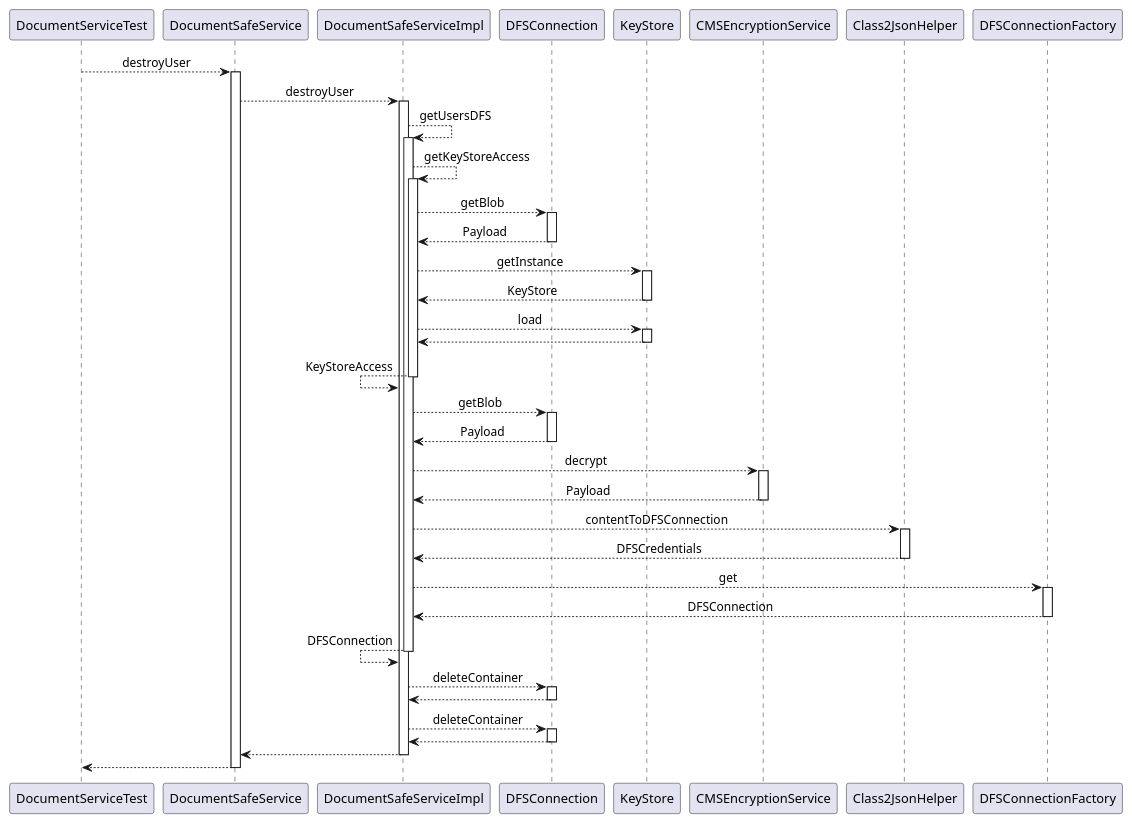
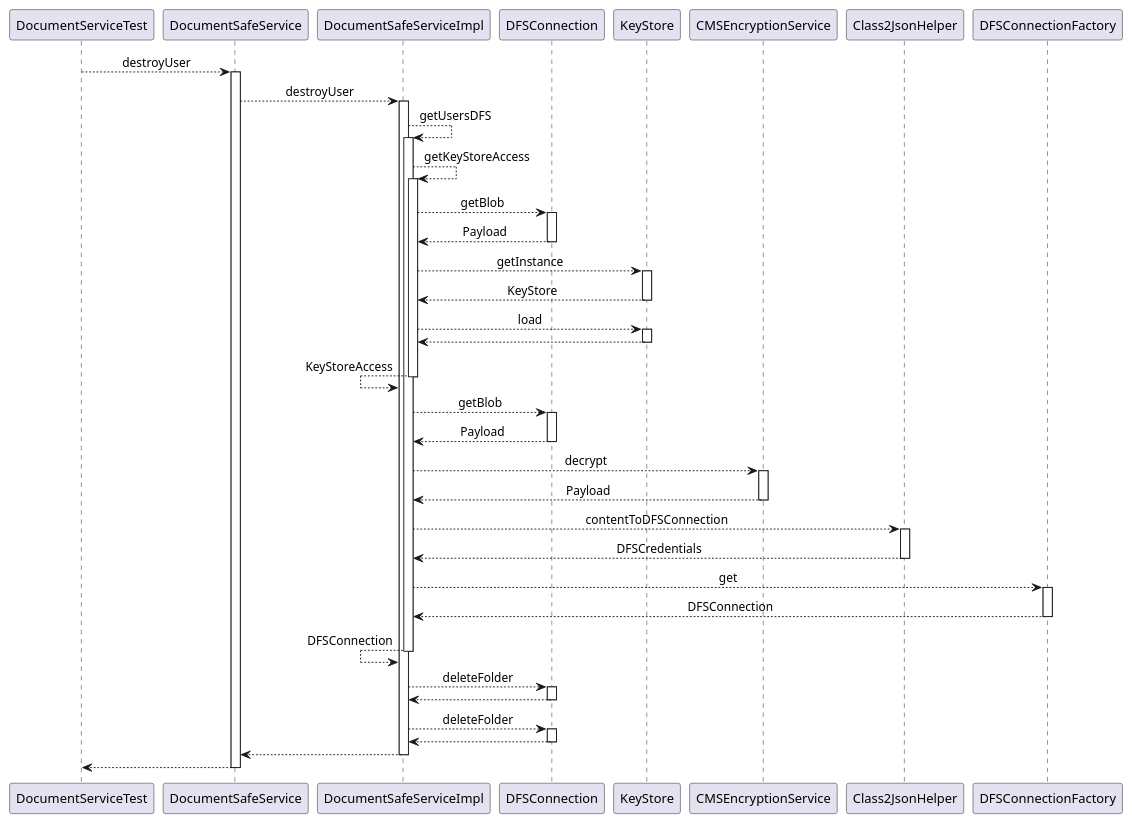
One commit to adorsys/docusafe changed the diagram in .docs/mdfs-destroy-user.puml. Above: the diagram before and after it, drawn with PlantUML. The commit also changed 1 other file, not shown here.

```diff
--- a/.docs/mdfs-destroy-user.puml
+++ b/.docs/mdfs-destroy-user.puml
@@ -1,109 +1,109 @@
 @startuml
 
 skinparam SequenceMessageAlign center
 
 ' DocumentServiceTest
 DocumentServiceTest --> DocumentSafeService : destroyUser
 
 activate DocumentSafeService
 ' DocumentSafeService
 DocumentSafeService --> DocumentSafeServiceImpl : destroyUser
 
 activate DocumentSafeServiceImpl
 ' DocumentSafeServiceImpl
 DocumentSafeServiceImpl --> DocumentSafeServiceImpl : getUsersDFS
 
 activate DocumentSafeServiceImpl
 ' DocumentSafeServiceImpl
 DocumentSafeServiceImpl --> DocumentSafeServiceImpl : getKeyStoreAccess
 
 activate DocumentSafeServiceImpl
 ' DocumentSafeServiceImpl
 DocumentSafeServiceImpl --> DFSConnection : getBlob
 
 activate DFSConnection
 ' de.adorsys.dfs.connection.api.service.api.DFSConnection
 DocumentSafeServiceImpl <-- DFSConnection : Payload
 deactivate DFSConnection
 
 ' DocumentSafeServiceImpl
 DocumentSafeServiceImpl --> KeyStore : getInstance
 
 activate KeyStore
 ' java.security.KeyStore
 DocumentSafeServiceImpl <-- KeyStore : KeyStore
 deactivate KeyStore
 
 ' DocumentSafeServiceImpl
 DocumentSafeServiceImpl --> KeyStore : load
 
 activate KeyStore
 ' java.security.KeyStore
 DocumentSafeServiceImpl <-- KeyStore :  
 deactivate KeyStore
 
 ' DocumentSafeServiceImpl
 DocumentSafeServiceImpl <-- DocumentSafeServiceImpl : KeyStoreAccess
 deactivate DocumentSafeServiceImpl
 
 ' DocumentSafeServiceImpl
 DocumentSafeServiceImpl --> DFSConnection : getBlob
 
 activate DFSConnection
 ' de.adorsys.dfs.connection.api.service.api.DFSConnection
 DocumentSafeServiceImpl <-- DFSConnection : Payload
 deactivate DFSConnection
 
 ' DocumentSafeServiceImpl
 DocumentSafeServiceImpl --> CMSEncryptionService : decrypt
 
 activate CMSEncryptionService
 ' CMSEncryptionService
 DocumentSafeServiceImpl <-- CMSEncryptionService : Payload
 deactivate CMSEncryptionService
 
 ' DocumentSafeServiceImpl
 DocumentSafeServiceImpl --> Class2JsonHelper : contentToDFSConnection
 
 activate Class2JsonHelper
 ' Class2JsonHelper
 DocumentSafeServiceImpl <-- Class2JsonHelper : DFSCredentials
 deactivate Class2JsonHelper
 
 ' DocumentSafeServiceImpl
 DocumentSafeServiceImpl --> DFSConnectionFactory : get
 
 activate DFSConnectionFactory
 ' de.adorsys.dfs.connection.impl.factory.DFSConnectionFactory
 DocumentSafeServiceImpl <-- DFSConnectionFactory : DFSConnection
 deactivate DFSConnectionFactory
 
 ' DocumentSafeServiceImpl
 DocumentSafeServiceImpl <-- DocumentSafeServiceImpl : DFSConnection
 deactivate DocumentSafeServiceImpl
 
 ' DocumentSafeServiceImpl
-DocumentSafeServiceImpl --> DFSConnection : deleteContainer
+DocumentSafeServiceImpl --> DFSConnection : deleteFolder
 
 activate DFSConnection
 ' de.adorsys.dfs.connection.api.service.api.DFSConnection
 DocumentSafeServiceImpl <-- DFSConnection :  
 deactivate DFSConnection
 
 ' DocumentSafeServiceImpl
-DocumentSafeServiceImpl --> DFSConnection : deleteContainer
+DocumentSafeServiceImpl --> DFSConnection : deleteFolder
 
 activate DFSConnection
 ' de.adorsys.dfs.connection.api.service.api.DFSConnection
-DocumentSafeServiceImpl <-- DFSConnection :  
+DocumentSafeServiceImpl <-- DFSConnection :
 deactivate DFSConnection
 
 ' DocumentSafeServiceImpl
 DocumentSafeService <-- DocumentSafeServiceImpl :  
 deactivate DocumentSafeServiceImpl
 
 ' DocumentSafeService
 DocumentServiceTest <-- DocumentSafeService :  
 deactivate DocumentSafeService
 
 @enduml
```
